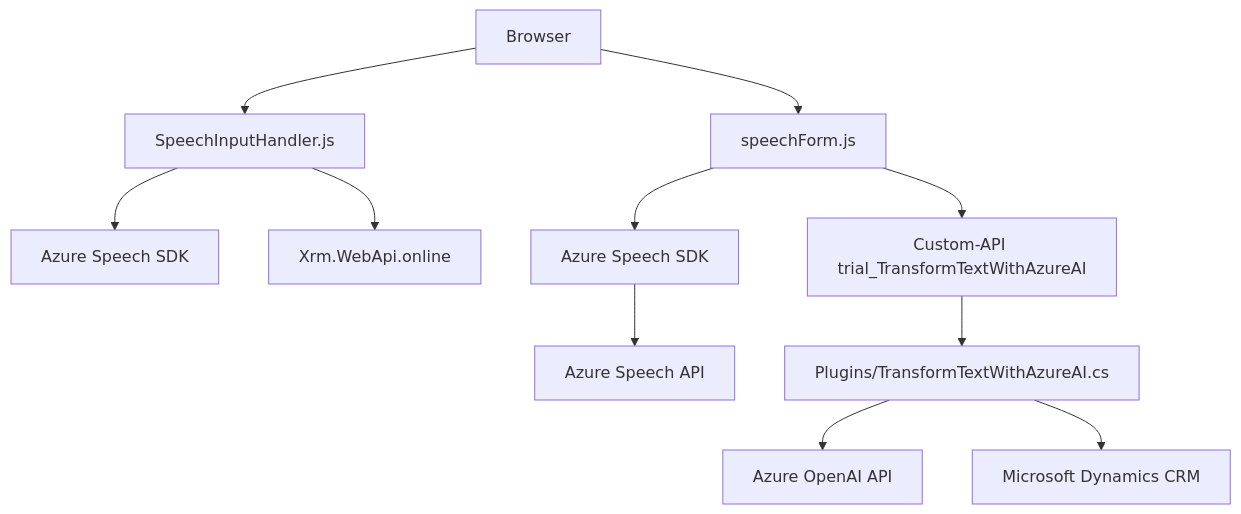
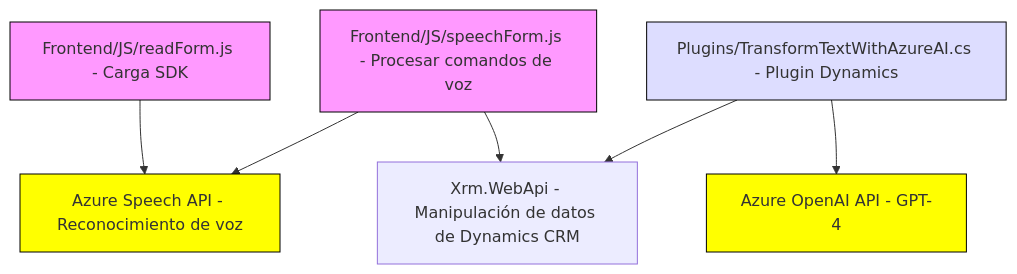
The diagram in README.md (blopezdm/NETCORE_BILBAO2025), drawn with Mermaid before and after one commit. The commit also changed other lines of this file, not shown here.

````diff
--- a/README.md
+++ b/README.md
@@ -39,13 +56,13 @@
 ```mermaid
 graph TD
-    A["Browser"] --> B["SpeechInputHandler.js"]
-    B --> C["Azure Speech SDK"]
-    B --> D["Xrm.WebApi.online"]
-    A --> E["speechForm.js"]
-    E --> F["Azure Speech SDK"]
-    F --> G["Azure Speech API"]
-    E --> H["Custom-API trial_TransformTextWithAzureAI"]
-    H --> I["Plugins/TransformTextWithAzureAI.cs"]
-    I --> J["Azure OpenAI API"]
-    I --> K["Microsoft Dynamics CRM"]
+  A["Frontend/JS/readForm.js - Carga SDK"] --> B["Azure Speech API - Lectura en voz alta"]
+  C["Frontend/JS/speechForm.js - Procesar comandos de voz"] --> B["Azure Speech API - Reconocimiento de voz"]
+  C --> D["Xrm.WebApi - Manipulación de datos de Dynamics CRM"]
+  E["Plugins/TransformTextWithAzureAI.cs - Plugin Dynamics"] --> F["Azure OpenAI API - GPT-4"]
+  E --> D
+  style A fill:#f9f,stroke:#000,stroke-width:1px
+  style C fill:#f9f,stroke:#000,stroke-width:1px
+  style E fill:#ddf,stroke:#000,stroke-width:1px
+  style B fill:#ff0,stroke:#000,stroke-width:1px
+  style F fill:#ff0,stroke:#000,stroke-width:1px
 ```
````
